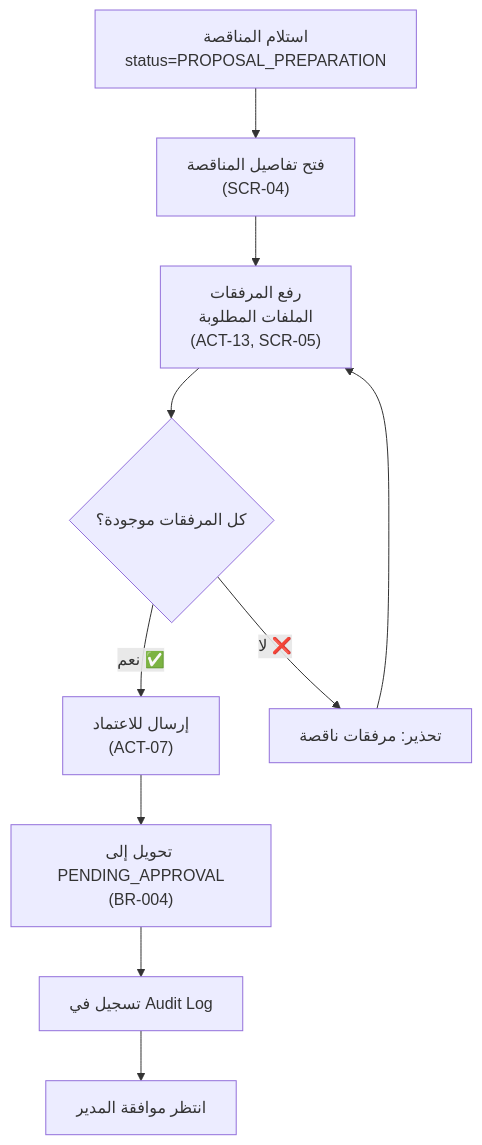
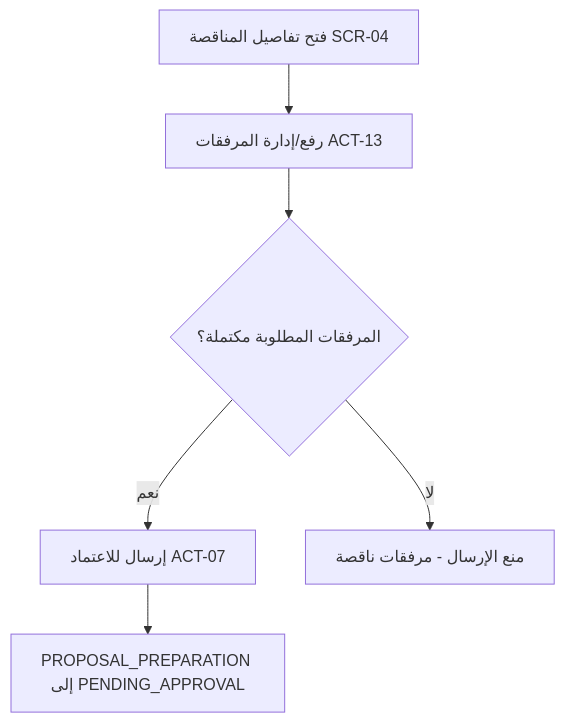
Before and after one commit to Fares-code0/tender_x: the third of 7 diagrams in docs/design/03-user-journeys.md, drawn with Mermaid. The commit also changed other lines of this file and 4 other files, not shown here.

````diff
--- a/docs/design/03-user-journeys.md
+++ b/docs/design/03-user-journeys.md
@@ -91,12 +96,8 @@
 ```mermaid
 flowchart TD
-    A["استلام المناقصة<br/>status=PROPOSAL_PREPARATION"] --> B["فتح تفاصيل المناقصة<br/>(SCR-04)"]
-    B --> C["رفع المرفقات<br/>الملفات المطلوبة<br/>(ACT-13, SCR-05)"]
-    C --> D{"كل المرفقات موجودة؟"}
-    D -->|"نعم ✅"|E["إرسال للاعتماد<br/>(ACT-07)"]
-    D -->|"لا ❌"|F["تحذير: مرفقات ناقصة"]
-    F --> C
-    E --> G["تحويل إلى PENDING_APPROVAL<br/>(BR-004)"]
-    G --> H["تسجيل في Audit Log"]
-    H --> I["انتظر موافقة المدير"]
+    A[فتح تفاصيل المناقصة SCR-04] --> B[رفع/إدارة المرفقات ACT-13]
+    B --> C{المرفقات المطلوبة مكتملة؟}
+    C -->|نعم| D[إرسال للاعتماد ACT-07]
+    D --> E[PROPOSAL_PREPARATION إلى PENDING_APPROVAL]
+    C -->|لا| F[منع الإرسال - مرفقات ناقصة]
 ```
````
